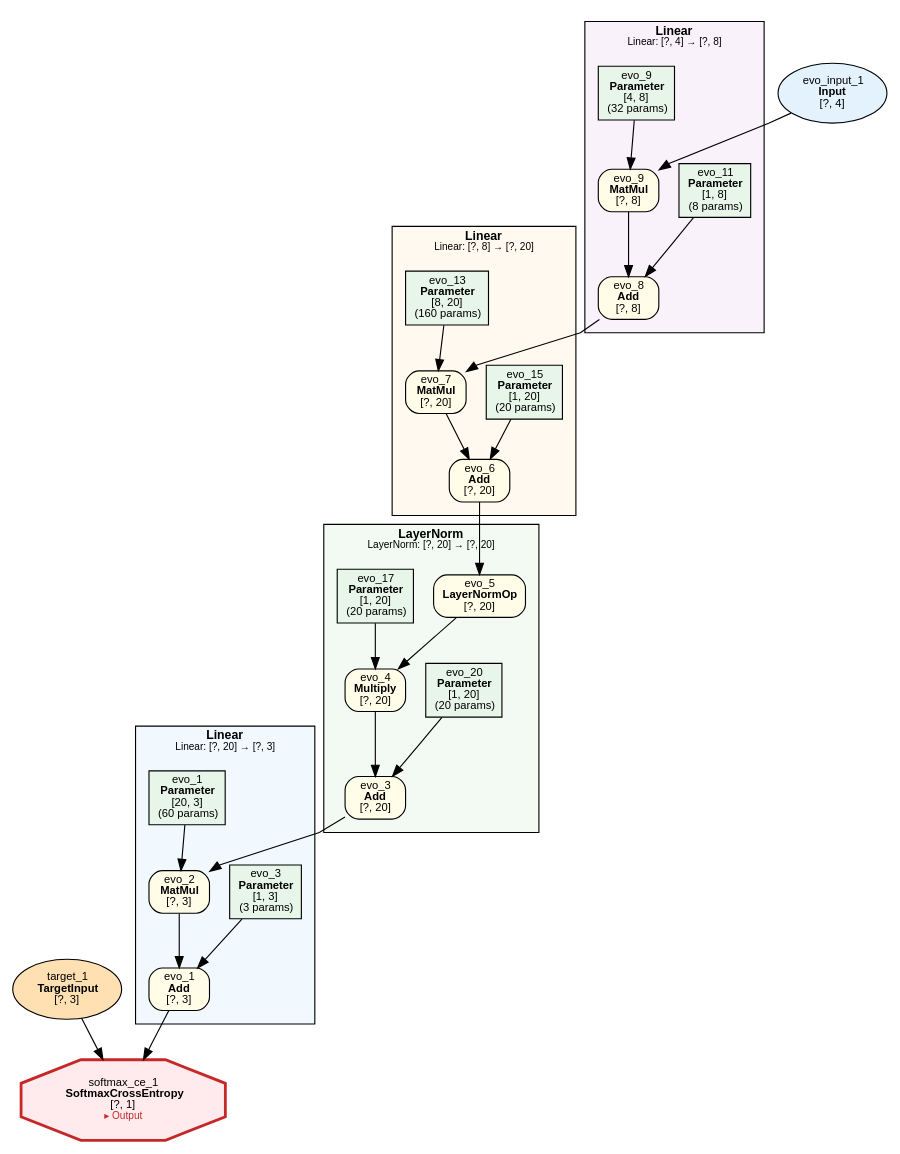
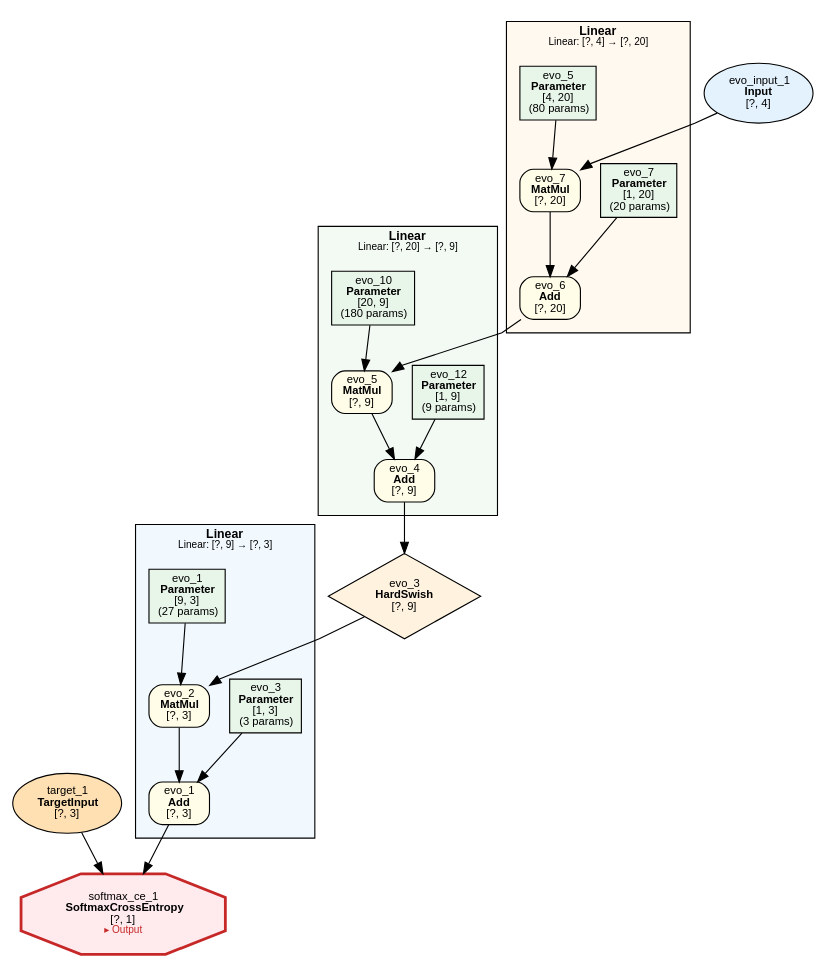
One commit to dbsxdbsx/only_torch changed the diagram in examples/evolution/iris/evolution_iris.dot. Above: the diagram before and after it, drawn with Graphviz. The commit also changed 12 other files, not shown here.

```diff
--- a/examples/evolution/iris/evolution_iris.dot
+++ b/examples/evolution/iris/evolution_iris.dot
@@ -1,84 +1,67 @@
 digraph ComputeGraph {
     rankdir=TB;
     newrank=true;
     splines=polyline;
     node [fontname="Microsoft YaHei,SimHei,Arial"];
     edge [fontname="Microsoft YaHei,SimHei,Arial"];
 
     subgraph cluster_group_linear_0 {
-        label=<<B>Linear</B><BR/><FONT POINT-SIZE="9">Linear: [?, 20] → [?, 3]</FONT>>;
+        label=<<B>Linear</B><BR/><FONT POINT-SIZE="9">Linear: [?, 9] → [?, 3]</FONT>>;
         style=filled;
         fillcolor="#E3F2FD80";
         fontname="Microsoft YaHei,SimHei,Arial";
         fontsize=11;
         margin=12;
             "2" [label=<evo_1<BR/><B>Add</B><BR/>[?, 3]> shape=box style="filled,rounded" fillcolor="#FFFDE7" fontsize=10];
             "4" [label=<evo_2<BR/><B>MatMul</B><BR/>[?, 3]> shape=box style="filled,rounded" fillcolor="#FFFDE7" fontsize=10];
             "5" [label=<evo_3<BR/><B>Parameter</B><BR/>[1, 3]<BR/>(3 params)> shape=box style=filled fillcolor="#E8F5E9" fontsize=10];
-            "7" [label=<evo_1<BR/><B>Parameter</B><BR/>[20, 3]<BR/>(60 params)> shape=box style=filled fillcolor="#E8F5E9" fontsize=10];
+            "7" [label=<evo_1<BR/><B>Parameter</B><BR/>[9, 3]<BR/>(27 params)> shape=box style=filled fillcolor="#E8F5E9" fontsize=10];
     }
 
-    subgraph cluster_group_layernorm_3 {
-        label=<<B>LayerNorm</B><BR/><FONT POINT-SIZE="9">LayerNorm: [?, 20] → [?, 20]</FONT>>;
+    subgraph cluster_group_linear_2 {
+        label=<<B>Linear</B><BR/><FONT POINT-SIZE="9">Linear: [?, 20] → [?, 9]</FONT>>;
         style=filled;
         fillcolor="#E8F5E980";
         fontname="Microsoft YaHei,SimHei,Arial";
         fontsize=11;
         margin=12;
-            "6" [label=<evo_3<BR/><B>Add</B><BR/>[?, 20]> shape=box style="filled,rounded" fillcolor="#FFFDE7" fontsize=10];
-            "8" [label=<evo_4<BR/><B>Multiply</B><BR/>[?, 20]> shape=box style="filled,rounded" fillcolor="#FFFDE7" fontsize=10];
-            "9" [label=<evo_20<BR/><B>Parameter</B><BR/>[1, 20]<BR/>(20 params)> shape=box style=filled fillcolor="#E8F5E9" fontsize=10];
-            "10" [label=<evo_5<BR/><B>LayerNormOp</B><BR/>[?, 20]> shape=box style="filled,rounded" fillcolor="#FFFDE7" fontsize=10];
-            "11" [label=<evo_17<BR/><B>Parameter</B><BR/>[1, 20]<BR/>(20 params)> shape=box style=filled fillcolor="#E8F5E9" fontsize=10];
+            "8" [label=<evo_4<BR/><B>Add</B><BR/>[?, 9]> shape=box style="filled,rounded" fillcolor="#FFFDE7" fontsize=10];
+            "9" [label=<evo_5<BR/><B>MatMul</B><BR/>[?, 9]> shape=box style="filled,rounded" fillcolor="#FFFDE7" fontsize=10];
+            "10" [label=<evo_12<BR/><B>Parameter</B><BR/>[1, 9]<BR/>(9 params)> shape=box style=filled fillcolor="#E8F5E9" fontsize=10];
+            "12" [label=<evo_10<BR/><B>Parameter</B><BR/>[20, 9]<BR/>(180 params)> shape=box style=filled fillcolor="#E8F5E9" fontsize=10];
     }
 
-    subgraph cluster_group_linear_2 {
-        label=<<B>Linear</B><BR/><FONT POINT-SIZE="9">Linear: [?, 8] → [?, 20]</FONT>>;
+    subgraph cluster_group_linear_1 {
+        label=<<B>Linear</B><BR/><FONT POINT-SIZE="9">Linear: [?, 4] → [?, 20]</FONT>>;
         style=filled;
         fillcolor="#FFF3E080";
         fontname="Microsoft YaHei,SimHei,Arial";
         fontsize=11;
         margin=12;
-            "12" [label=<evo_6<BR/><B>Add</B><BR/>[?, 20]> shape=box style="filled,rounded" fillcolor="#FFFDE7" fontsize=10];
+            "11" [label=<evo_6<BR/><B>Add</B><BR/>[?, 20]> shape=box style="filled,rounded" fillcolor="#FFFDE7" fontsize=10];
             "13" [label=<evo_7<BR/><B>MatMul</B><BR/>[?, 20]> shape=box style="filled,rounded" fillcolor="#FFFDE7" fontsize=10];
-            "14" [label=<evo_15<BR/><B>Parameter</B><BR/>[1, 20]<BR/>(20 params)> shape=box style=filled fillcolor="#E8F5E9" fontsize=10];
-            "16" [label=<evo_13<BR/><B>Parameter</B><BR/>[8, 20]<BR/>(160 params)> shape=box style=filled fillcolor="#E8F5E9" fontsize=10];
-    }
-
-    subgraph cluster_group_linear_1 {
-        label=<<B>Linear</B><BR/><FONT POINT-SIZE="9">Linear: [?, 4] → [?, 8]</FONT>>;
-        style=filled;
-        fillcolor="#F3E5F580";
-        fontname="Microsoft YaHei,SimHei,Arial";
-        fontsize=11;
-        margin=12;
-            "15" [label=<evo_8<BR/><B>Add</B><BR/>[?, 8]> shape=box style="filled,rounded" fillcolor="#FFFDE7" fontsize=10];
-            "17" [label=<evo_9<BR/><B>MatMul</B><BR/>[?, 8]> shape=box style="filled,rounded" fillcolor="#FFFDE7" fontsize=10];
-            "18" [label=<evo_11<BR/><B>Parameter</B><BR/>[1, 8]<BR/>(8 params)> shape=box style=filled fillcolor="#E8F5E9" fontsize=10];
-            "20" [label=<evo_9<BR/><B>Parameter</B><BR/>[4, 8]<BR/>(32 params)> shape=box style=filled fillcolor="#E8F5E9" fontsize=10];
+            "14" [label=<evo_7<BR/><B>Parameter</B><BR/>[1, 20]<BR/>(20 params)> shape=box style=filled fillcolor="#E8F5E9" fontsize=10];
+            "16" [label=<evo_5<BR/><B>Parameter</B><BR/>[4, 20]<BR/>(80 params)> shape=box style=filled fillcolor="#E8F5E9" fontsize=10];
     }
 
     "1" [label=<softmax_ce_1<BR/><B>SoftmaxCrossEntropy</B><BR/>[?, 1]<BR/><FONT COLOR="#C62828" POINT-SIZE="9">▸ Output</FONT>> shape=octagon style=filled fillcolor="#FFEBEE" fontsize=10 penwidth=2.5 color="#C62828"];
     "3" [label=<target_1<BR/><B>TargetInput</B><BR/>[?, 3]> shape=ellipse style=filled fillcolor="#FFE0B2" fontsize=10];
-    "19" [label=<evo_input_1<BR/><B>Input</B><BR/>[?, 4]> shape=ellipse style=filled fillcolor="#E3F2FD" fontsize=10];
+    "6" [label=<evo_3<BR/><B>HardSwish</B><BR/>[?, 9]> shape=diamond style=filled fillcolor="#FFF3E0" fontsize=10];
+    "15" [label=<evo_input_1<BR/><B>Input</B><BR/>[?, 4]> shape=ellipse style=filled fillcolor="#E3F2FD" fontsize=10];
 
     "2" -> "1";
     "3" -> "1";
     "4" -> "2";
     "5" -> "2";
     "6" -> "4";
     "7" -> "4";
     "8" -> "6";
-    "9" -> "6";
+    "9" -> "8";
     "10" -> "8";
-    "11" -> "8";
-    "12" -> "10";
-    "13" -> "12";
-    "14" -> "12";
+    "11" -> "9";
+    "12" -> "9";
+    "13" -> "11";
+    "14" -> "11";
     "15" -> "13";
     "16" -> "13";
-    "17" -> "15";
-    "18" -> "15";
-    "19" -> "17";
-    "20" -> "17";
 }
```
